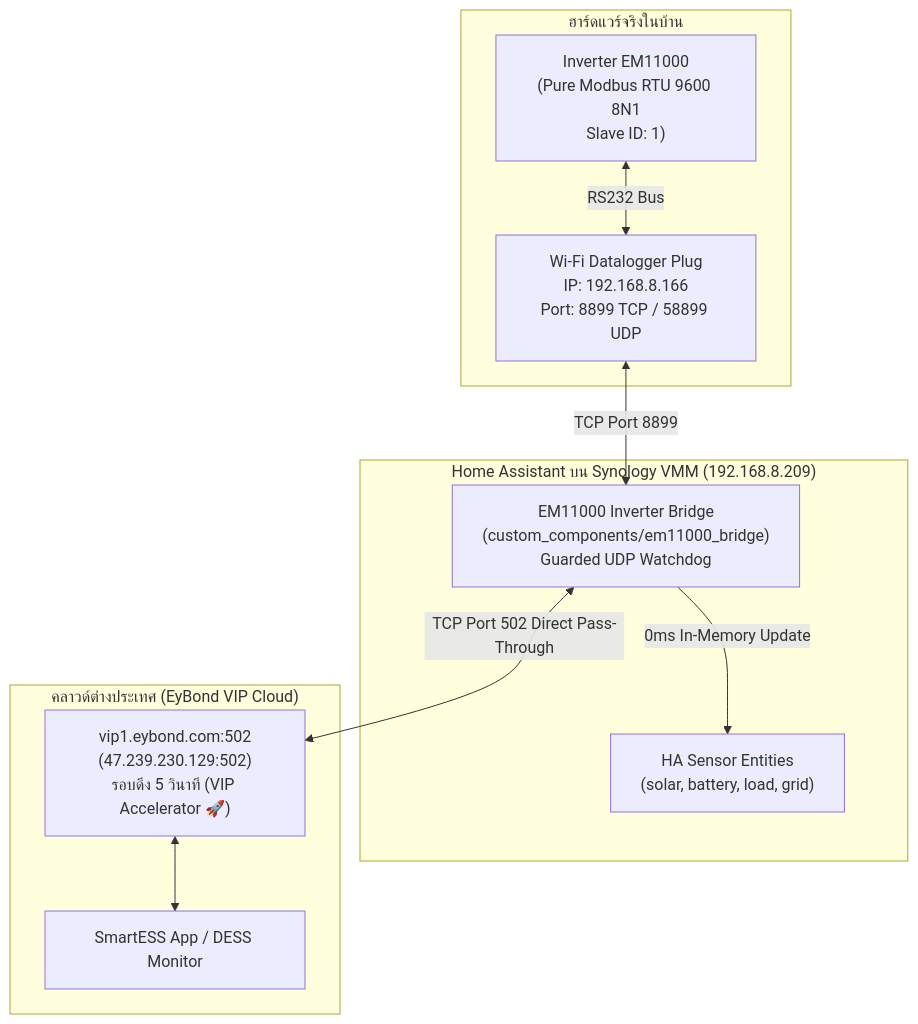
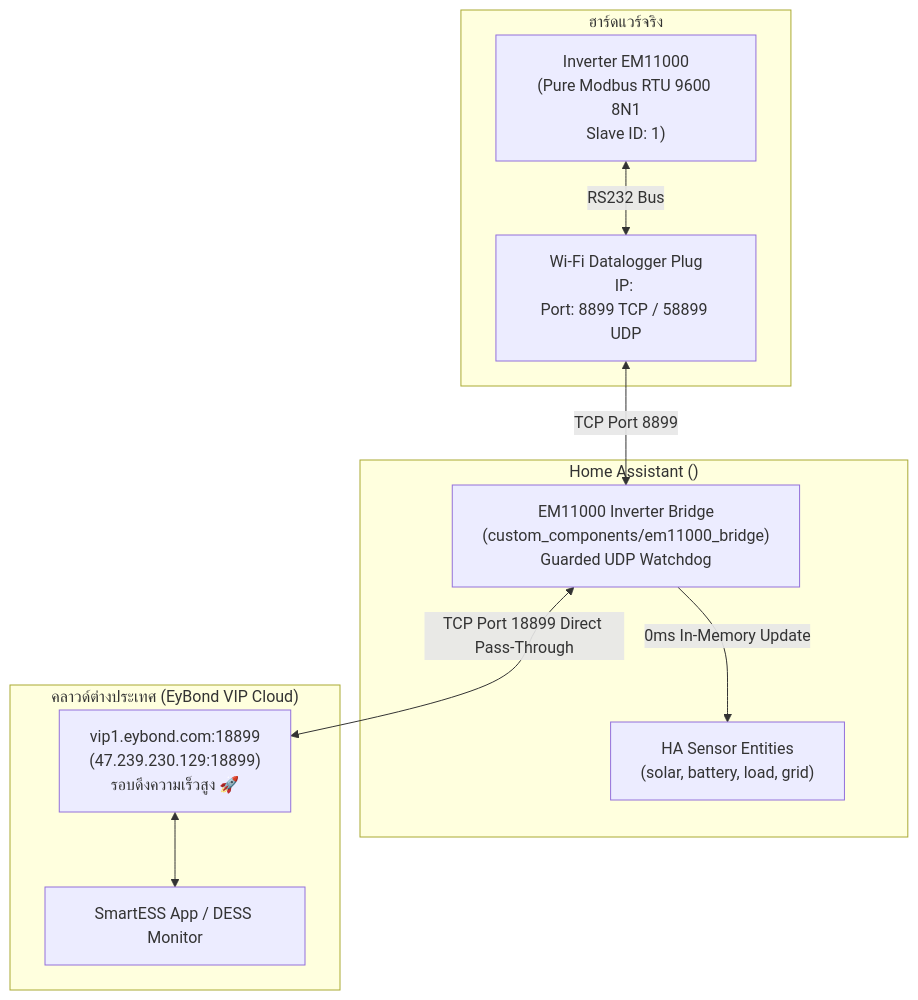
The diagram in INVERTER_EM11000_HA_PROXY_RUNBOOK.md (ballhtml/huawei-esm-tcan-solar), drawn with Mermaid before and after one commit. The commit also changed other lines of this file and 7 other files, not shown here.

````diff
--- a/INVERTER_EM11000_HA_PROXY_RUNBOOK.md
+++ b/INVERTER_EM11000_HA_PROXY_RUNBOOK.md
@@ -18,16 +17,16 @@
 ```mermaid
 flowchart TD
-    subgraph HARDWARE["ฮาร์ดแวร์จริงในบ้าน"]
-        INV["Inverter EM11000<br/>(Pure Modbus RTU 9600 8N1<br/>Slave ID: 1)"] <-->|RS232 Bus| PLUG["Wi-Fi Datalogger Plug<br/>IP: 192.168.8.166<br/>Port: 8899 TCP / 58899 UDP"]
+    subgraph HARDWARE["ฮาร์ดแวร์จริง"]
+        INV["Inverter EM11000<br/>(Pure Modbus RTU 9600 8N1<br/>Slave ID: 1)"] <-->|RS232 Bus| PLUG["Wi-Fi Datalogger Plug<br/>IP: <PLUG_IP><br/>Port: 8899 TCP / 58899 UDP"]
     end
 
-    subgraph HA_VMM["Home Assistant บน Synology VMM (192.168.8.209)"]
+    subgraph HA_HOST["Home Assistant (<HA_IP>)"]
         PLUG <-->|TCP Port 8899| BRIDGE["EM11000 Inverter Bridge<br/>(custom_components/em11000_bridge)<br/>Guarded UDP Watchdog"]
         BRIDGE -->|0ms In-Memory Update| ENTITIES["HA Sensor Entities<br/>(solar, battery, load, grid)"]
     end
 
     subgraph WAN_CLOUD["คลาวด์ต่างประเทศ (EyBond VIP Cloud)"]
-        BRIDGE <-->|TCP Port 502 Direct Pass-Through| CLOUD["vip1.eybond.com:502<br/>(47.239.230.129:502)<br/>รอบดึง 5 วินาที (VIP Accelerator 🚀)"]
+        BRIDGE <-->|TCP Port 18899 Direct Pass-Through| CLOUD["vip1.eybond.com:18899<br/>(47.239.230.129:18899)<br/>รอบดึงความเร็วสูง 🚀"]
         CLOUD <--> SMARTESS["SmartESS App / DESS Monitor"]
     end
 ```
````
